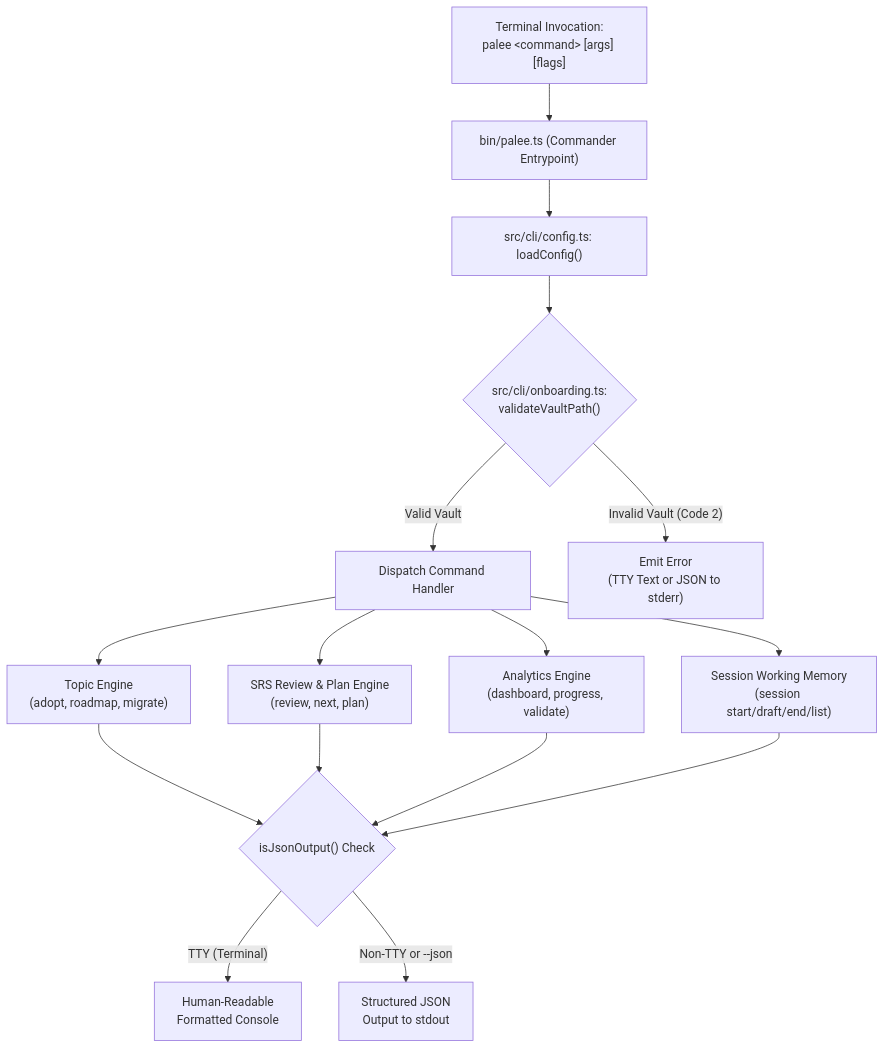
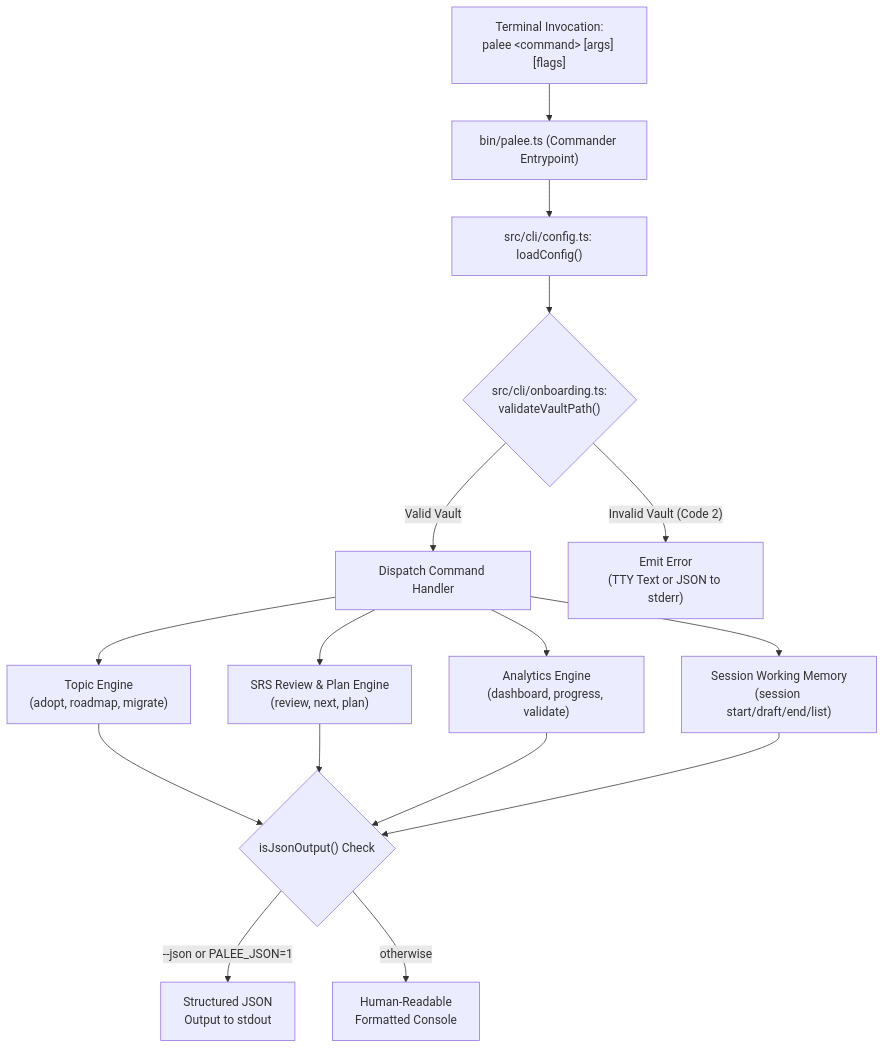
The diagram in docs/02-0-cli-commands.md (Kuldeep2822k/cli), drawn with Mermaid before and after one commit. The commit also changed other lines of this file and 3 other files, not shown here.

First line of the commit message:
fix(cli): gate JSON output on --json flag or PALEE_JSON, not TTY detection (#357, #385)

````diff
--- a/docs/02-0-cli-commands.md
+++ b/docs/02-0-cli-commands.md
@@ -40,18 +40,18 @@
 ```mermaid
 flowchart TD
     User["Terminal Invocation:<br/>palee &lt;command&gt; [args] [flags]"] --> Entry["bin/palee.ts (Commander Entrypoint)"]
     Entry --> LoadCfg["src/cli/config.ts: loadConfig()"]
     LoadCfg --> ValidVault{"src/cli/onboarding.ts:<br/>validateVaultPath()"}
     
     ValidVault -->|"Valid Vault"| Dispatcher["Dispatch Command Handler"]
     ValidVault -->|"Invalid Vault (Code 2)"| ErrVault["Emit Error<br/>(TTY Text or JSON to stderr)"]
     
     Dispatcher --> TopEng["Topic Engine<br/>(adopt, roadmap, migrate)"]
     Dispatcher --> SrsEng["SRS Review & Plan Engine<br/>(review, next, plan)"]
     Dispatcher --> RepEng["Analytics Engine<br/>(dashboard, progress, validate)"]
     Dispatcher --> SessEng["Session Working Memory<br/>(session start/draft/end/list)"]
     
     TopEng & SrsEng & RepEng & SessEng --> OutCheck{"isJsonOutput() Check"}
-    OutCheck -->|"TTY (Terminal)"| TTYOut["Human-Readable<br/>Formatted Console"]
-    OutCheck -->|"Non-TTY or --json"| JsonOut["Structured JSON<br/>Output to stdout"]
+    OutCheck -->|"--json or PALEE_JSON=1"| JsonOut["Structured JSON<br/>Output to stdout"]
+    OutCheck -->|"otherwise"| TTYOut["Human-Readable<br/>Formatted Console"]
 ```
````
